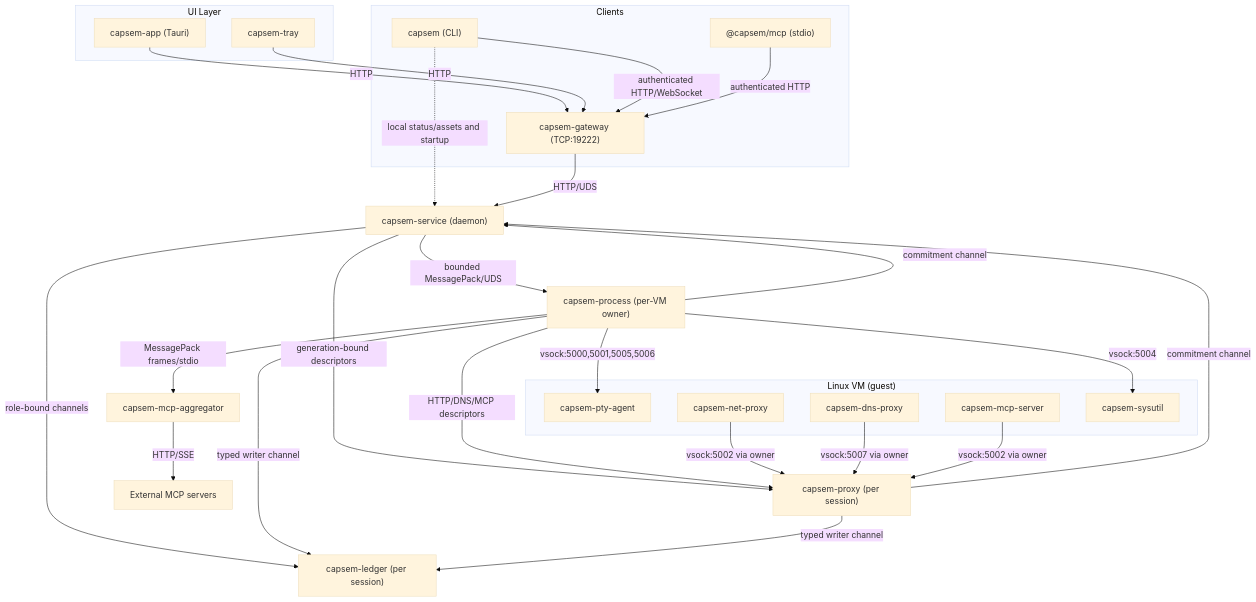
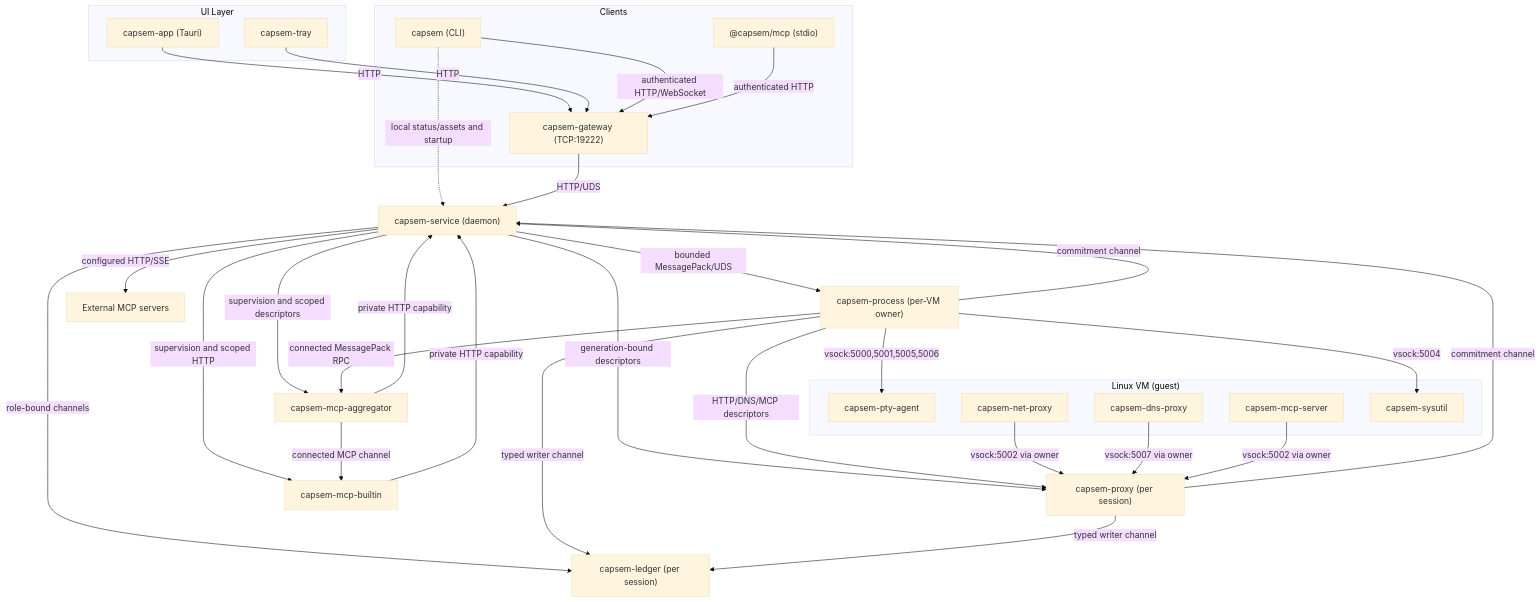
The diagram in web/docs/src/content/docs/architecture/service-architecture.md (google/capsem), drawn with Mermaid (base theme) before and after one commit. The commit also changed other lines of this file and 7 other files, not shown here.

````diff
--- a/web/docs/src/content/docs/architecture/service-architecture.md
+++ b/web/docs/src/content/docs/architecture/service-architecture.md
@@ -52,49 +52,54 @@
 ```mermaid
 graph TD
     subgraph Clients
         CLI["capsem (CLI)"]
         MCP["@capsem/mcp (stdio)"]
         GW["capsem-gateway (TCP:19222)"]
     end
 
     subgraph "UI Layer"
         APP["capsem-app (Tauri)"]
         TRAY["capsem-tray"]
     end
 
     APP -->|HTTP| GW
     TRAY -->|HTTP| GW
 
     CLI -->|"authenticated HTTP/WebSocket"| GW
     CLI -.->|"local status/assets and startup"| SVC
     MCP -->|"authenticated HTTP"| GW
     GW -->|HTTP/UDS| SVC
 
     SVC["capsem-service (daemon)"]
 
     SVC -->|"bounded MessagePack/UDS"| PROC["capsem-process (per-VM owner)"]
     SVC -->|"generation-bound descriptors"| PROXY["capsem-proxy (per session)"]
     SVC -->|"role-bound channels"| LEDGER["capsem-ledger (per session)"]
 
-    PROC -->|"MessagePack frames/stdio"| AGG["capsem-mcp-aggregator"]
-    AGG -->|"HTTP/SSE"| EXT["External MCP servers"]
+    SVC -->|"supervision and scoped descriptors"| AGG["capsem-mcp-aggregator"]
+    SVC -->|"supervision and scoped HTTP"| BUILTIN["capsem-mcp-builtin"]
+    PROC -->|"connected MessagePack RPC"| AGG
+    AGG -->|"connected MCP channel"| BUILTIN
+    AGG -->|"private HTTP capability"| SVC
+    BUILTIN -->|"private HTTP capability"| SVC
+    SVC -->|"configured HTTP/SSE"| EXT["External MCP servers"]
     PROC -->|"HTTP/DNS/MCP descriptors"| PROXY
     PROC -->|"typed writer channel"| LEDGER
     PROXY -->|"typed writer channel"| LEDGER
     PROC -->|"commitment channel"| SVC
     PROXY -->|"commitment channel"| SVC
 
     subgraph "Linux VM (guest)"
         AGENT["capsem-pty-agent"]
         NETPROXY["capsem-net-proxy"]
         DNSPROXY["capsem-dns-proxy"]
         MCPGW["capsem-mcp-server"]
         SYSUTIL["capsem-sysutil"]
     end
 
     PROC -->|"vsock:5000,5001,5005,5006"| AGENT
     NETPROXY -->|"vsock:5002 via owner"| PROXY
     DNSPROXY -->|"vsock:5007 via owner"| PROXY
     MCPGW -->|"vsock:5002 via owner"| PROXY
     PROC -->|"vsock:5004"| SYSUTIL
 ```
````
